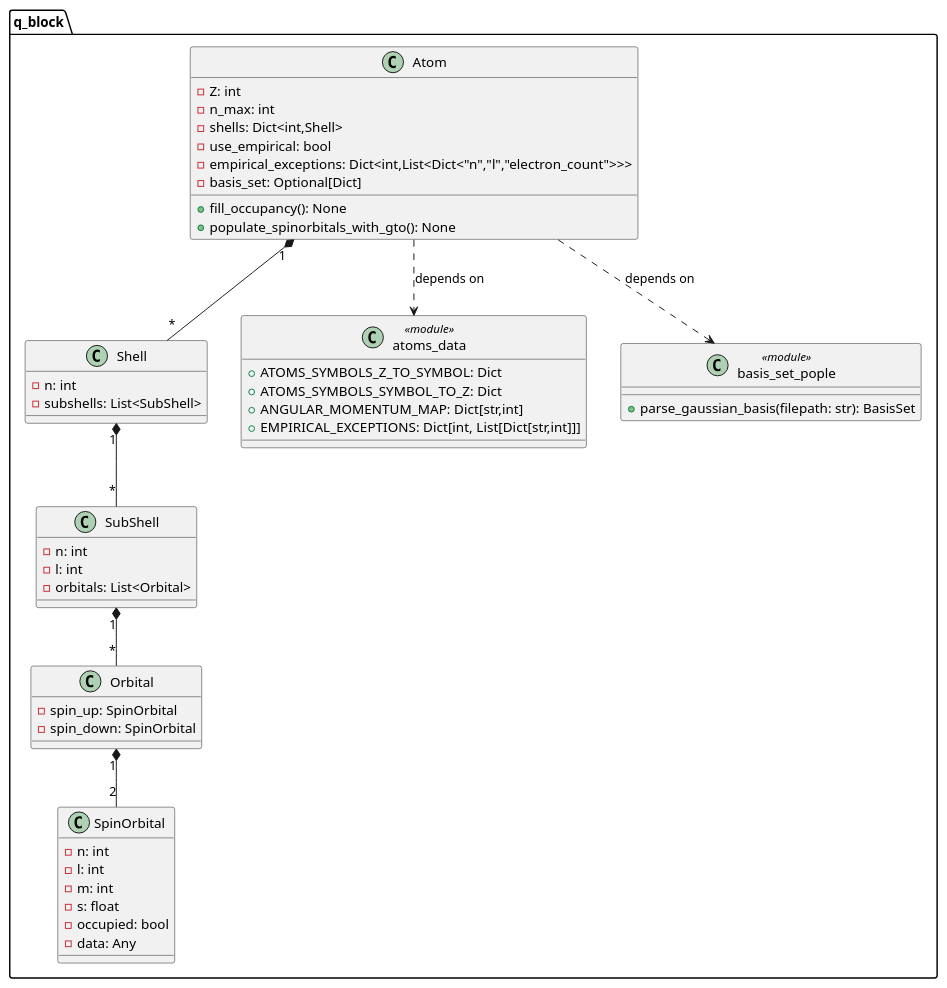
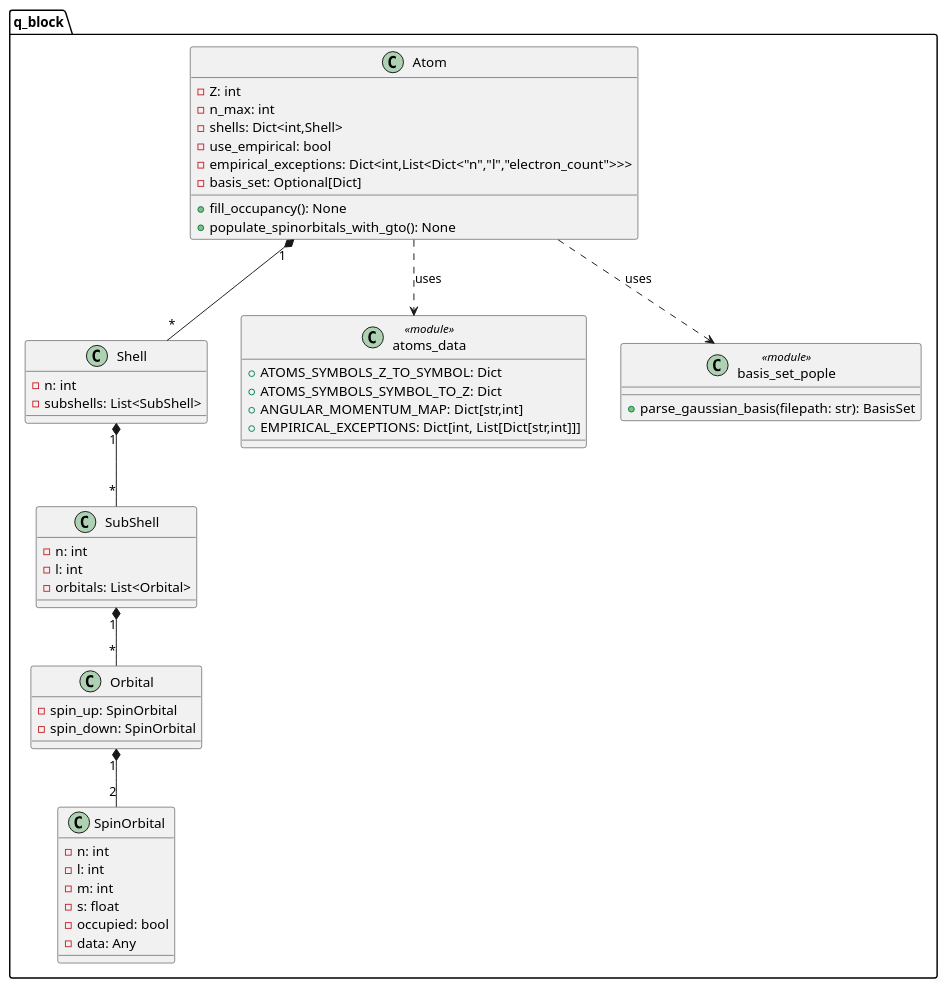
Before and after one commit to milosz-martynow/qBlock: the diagram in architecture/bdd_q_block.puml, drawn with PlantUML. The commit also changed 3 other files, not shown here.

Commit message:
refactorization of classes. electron script created instead of containing this information in atom script

```diff
--- a/architecture/bdd_q_block.puml
+++ b/architecture/bdd_q_block.puml
@@ -1,57 +1,59 @@
 @startuml
 ' Block Definition Diagram for package q_block
 package "q_block" {
-    class "SpinOrbital" {
-      - n: int
-      - l: int
-      - m: int
-      - s: float
-      - occupied: bool
-      - data: Any
-    }
-    class "Orbital" {
-      - spin_up: SpinOrbital
-      - spin_down: SpinOrbital
-    }
-    class "SubShell" {
-      - n: int
-      - l: int
-      - orbitals: List<Orbital>
-    }
-    class "Shell" {
-      - n: int
-      - subshells: List<SubShell>
-    }
-    class "Atom" {
-      - Z: int
-      - n_max: int
-      - shells: Dict<int,Shell>
-      - use_empirical: bool
-      - empirical_exceptions: Dict<int,List<Dict<"n","l","electron_count">>>
-      - basis_set: Optional[Dict]
-      + fill_occupancy(): None
-      + populate_spinorbitals_with_gto(): None
-  }
+
+      class "Atom" {
+        - Z: int
+        - n_max: int
+        - shells: Dict<int,Shell>
+        - use_empirical: bool
+        - empirical_exceptions: Dict<int,List<Dict<"n","l","electron_count">>>
+        - basis_set: Optional[Dict]
+        + fill_occupancy(): None
+        + populate_spinorbitals_with_gto(): None
+      }
+
+      class "SpinOrbital" {
+        - n: int
+        - l: int
+        - m: int
+        - s: float
+        - occupied: bool
+        - data: Any
+      }
+      class "Orbital" {
+        - spin_up: SpinOrbital
+        - spin_down: SpinOrbital
+      }
+      class "SubShell" {
+        - n: int
+        - l: int
+        - orbitals: List<Orbital>
+      }
+      class "Shell" {
+        - n: int
+        - subshells: List<SubShell>
+      }
 
     class "atoms_data" as AD <<module>> {
       + ATOMS_SYMBOLS_Z_TO_SYMBOL: Dict
       + ATOMS_SYMBOLS_SYMBOL_TO_Z: Dict
       + ANGULAR_MOMENTUM_MAP: Dict[str,int]
       + EMPIRICAL_EXCEPTIONS: Dict[int, List[Dict[str,int]]]
     }
 
     class "basis_set_pople" as BSP <<module>> {
       + parse_gaussian_basis(filepath: str): BasisSet
     }
 }
 
 ' Relationships
 "Atom" "1" *-- "*" "Shell"
 "Shell" "1" *-- "*" "SubShell"
 "SubShell" "1" *-- "*" "Orbital"
 "Orbital" "1" *-- "2" "SpinOrbital"
 
-"Atom" ..> AD : depends on
-"Atom" ..> BSP : depends on
+"Atom" ..> AD : uses
+"Atom" ..> BSP : uses
 
 @enduml
```
